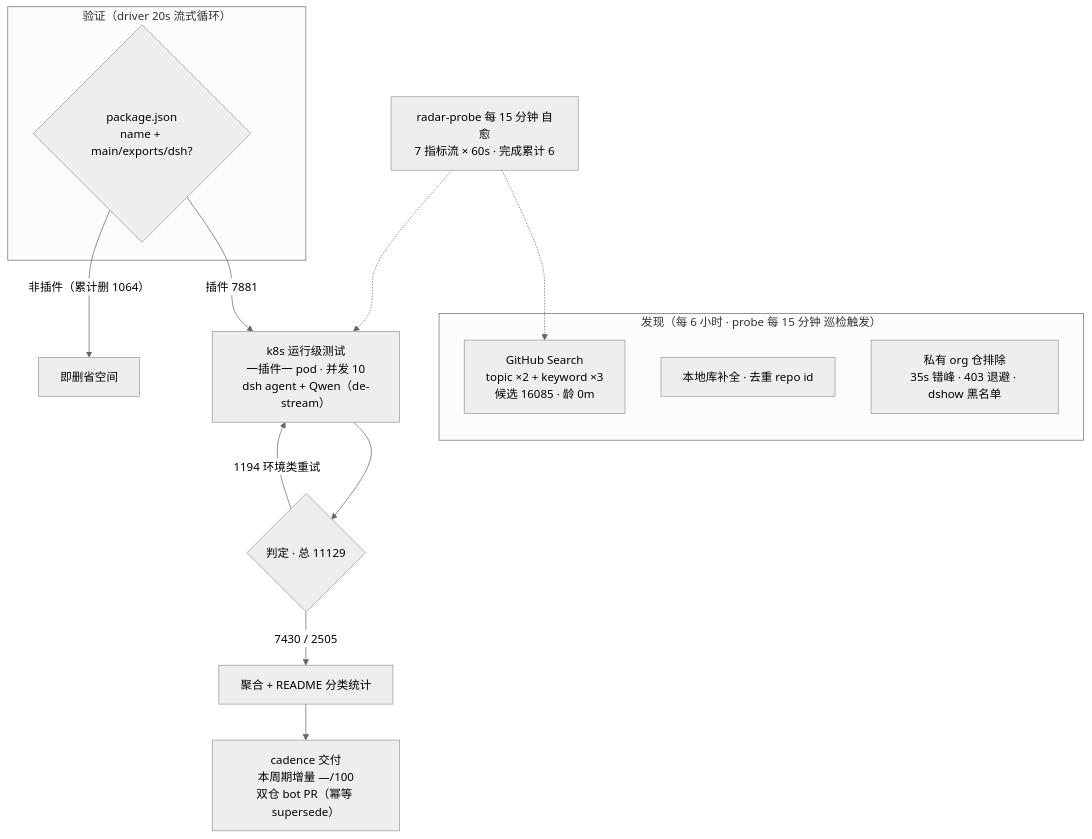
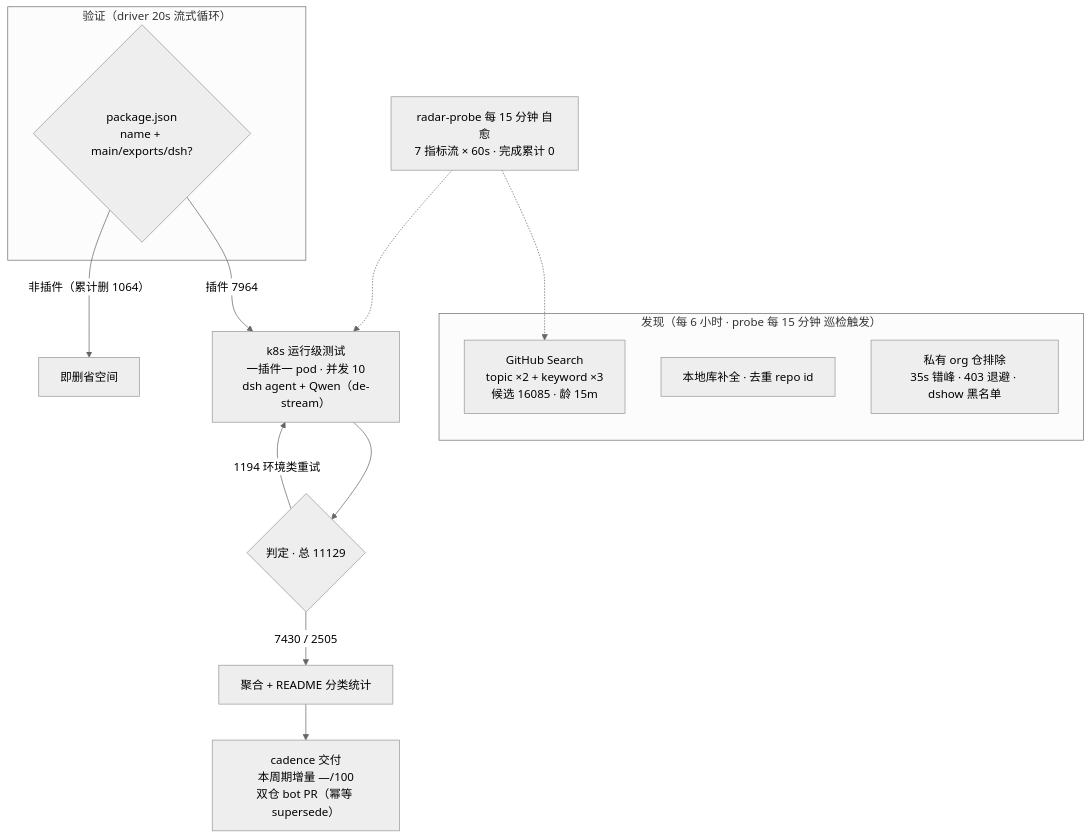
The diagram in README.md (Zhidao-Lab-OSS/awesome-dsh-plugins), drawn with Mermaid (neutral theme) before and after one commit. The commit also changed other lines of this file and 1 other file, not shown here.

````diff
--- a/README.md
+++ b/README.md
@@ -37,20 +37,20 @@
 ```mermaid
 flowchart TB
     subgraph Discovery["发现（每 6 小时 · probe 每 15 分钟 巡检触发）"]
-        A1["GitHub Search<br/>topic ×2 + keyword ×3<br/>候选 16085 · 龄 0m"]
+        A1["GitHub Search<br/>topic ×2 + keyword ×3<br/>候选 16085 · 龄 15m"]
         A2["本地库补全 · 去重 repo id"]
         A3["私有 org 仓排除<br/>35s 错峰 · 403 退避 · dshow 黑名单"]
     end
     subgraph Validation["验证（driver 20s 流式循环）"]
         B1{"package.json<br/>name + main/exports/dsh?"}
     end
-    B1 -->|"插件 7881"| C1["k8s 运行级测试<br/>一插件一 pod · 并发 10<br/>dsh agent + Qwen（de-stream）"]
+    B1 -->|"插件 7964"| C1["k8s 运行级测试<br/>一插件一 pod · 并发 10<br/>dsh agent + Qwen（de-stream）"]
     B1 -->|"非插件（累计删 1064）"| B3["即删省空间"]
     C1 --> D1{"判定 · 总 11129"}
     D1 -->|"7430 / 2505"| E1["聚合 + README 分类统计"]
     D1 -->|"1194 环境类重试"| C1
     E1 --> E2["cadence 交付<br/>本周期增量 —/100<br/>双仓 bot PR（幂等 supersede）"]
-    M["radar-probe 每 15 分钟 自愈<br/>7 指标流 × 60s · 完成累计 6"]
+    M["radar-probe 每 15 分钟 自愈<br/>7 指标流 × 60s · 完成累计 0"]
     M -.-> A1
     M -.-> C1
 ```
````
